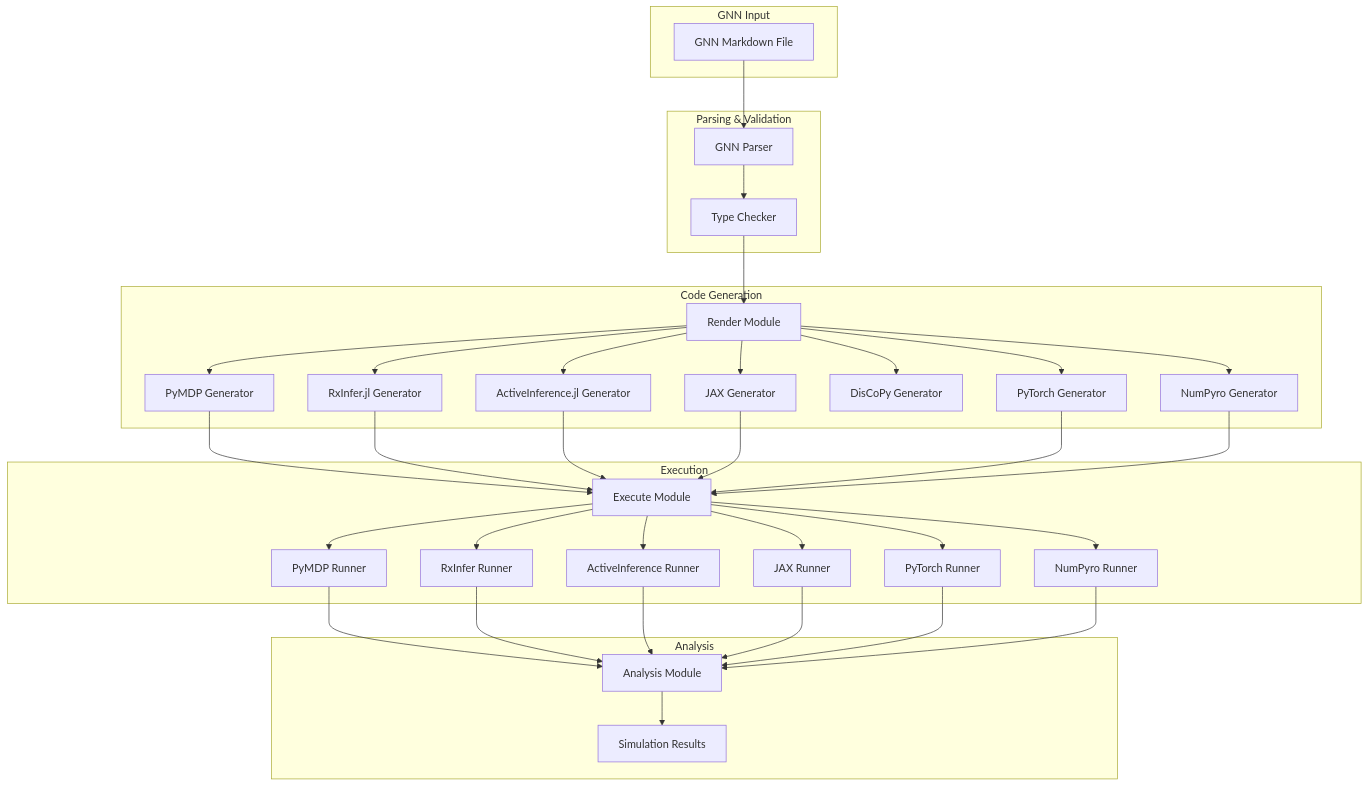
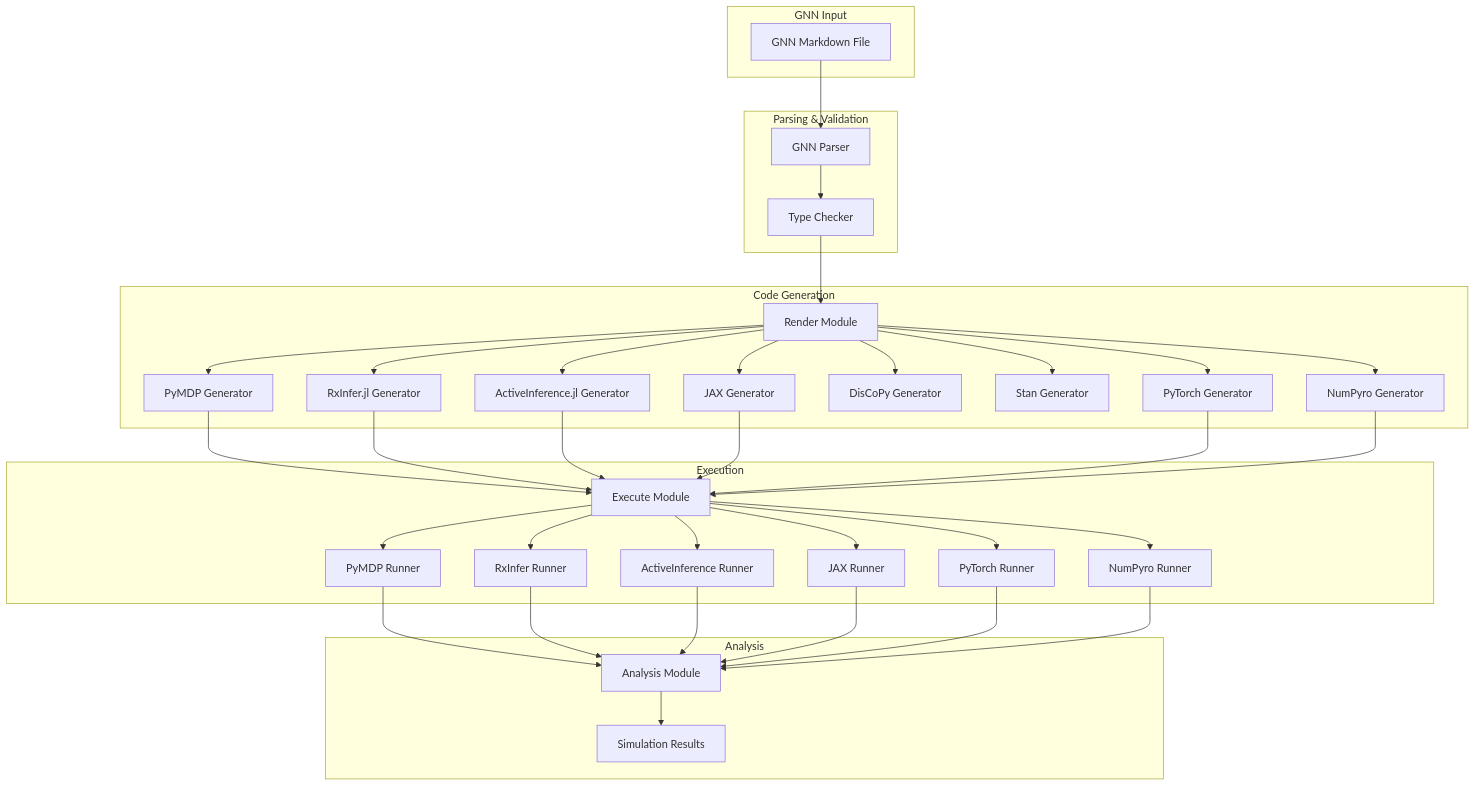
Before and after one commit to ActiveInferenceInstitute/GeneralizedNotationNotation: the fourth of 8 diagrams in README.md, drawn with Mermaid. The commit also changed other lines of this file and 1038 other files, not shown here.

````diff
--- a/README.md
+++ b/README.md
@@ -364,72 +362,74 @@
 ```mermaid
 graph TB
     subgraph "GNN Input"
         GNNFile[GNN Markdown File]
     end
     
     subgraph "Parsing & Validation"
         Parser[GNN Parser]
         Validator[Type Checker]
     end
     
     subgraph "Code Generation"
         Renderer[Render Module]
         PyMDP[PyMDP Generator]
         RxInfer[RxInfer.jl Generator]
         ActInf[ActiveInference.jl Generator]
         JAX[JAX Generator]
         DisCoPy[DisCoPy Generator]
+        Stan[Stan Generator]
         PyTorch[PyTorch Generator]
         NumPyro[NumPyro Generator]
     end
     
     subgraph "Execution"
         Executor[Execute Module]
         PyMDPExec[PyMDP Runner]
         RxInferExec[RxInfer Runner]
         ActInfExec[ActiveInference Runner]
         JAXExec[JAX Runner]
         PyTorchExec[PyTorch Runner]
         NumPyroExec[NumPyro Runner]
     end
     
     subgraph "Analysis"
         Analyzer[Analysis Module]
         Results[Simulation Results]
     end
     
     GNNFile --> Parser
     Parser --> Validator
     Validator --> Renderer
     
     Renderer --> PyMDP
     Renderer --> RxInfer
     Renderer --> ActInf
     Renderer --> JAX
     Renderer --> DisCoPy
+    Renderer --> Stan
     Renderer --> PyTorch
     Renderer --> NumPyro
     
     PyMDP --> Executor
     RxInfer --> Executor
     ActInf --> Executor
     JAX --> Executor
     PyTorch --> Executor
     NumPyro --> Executor
     
     Executor --> PyMDPExec
     Executor --> RxInferExec
     Executor --> ActInfExec
     Executor --> JAXExec
     Executor --> PyTorchExec
     Executor --> NumPyroExec
     
     PyMDPExec --> Analyzer
     RxInferExec --> Analyzer
     ActInfExec --> Analyzer
     JAXExec --> Analyzer
     PyTorchExec --> Analyzer
     NumPyroExec --> Analyzer
     
     Analyzer --> Results
 ```
````
